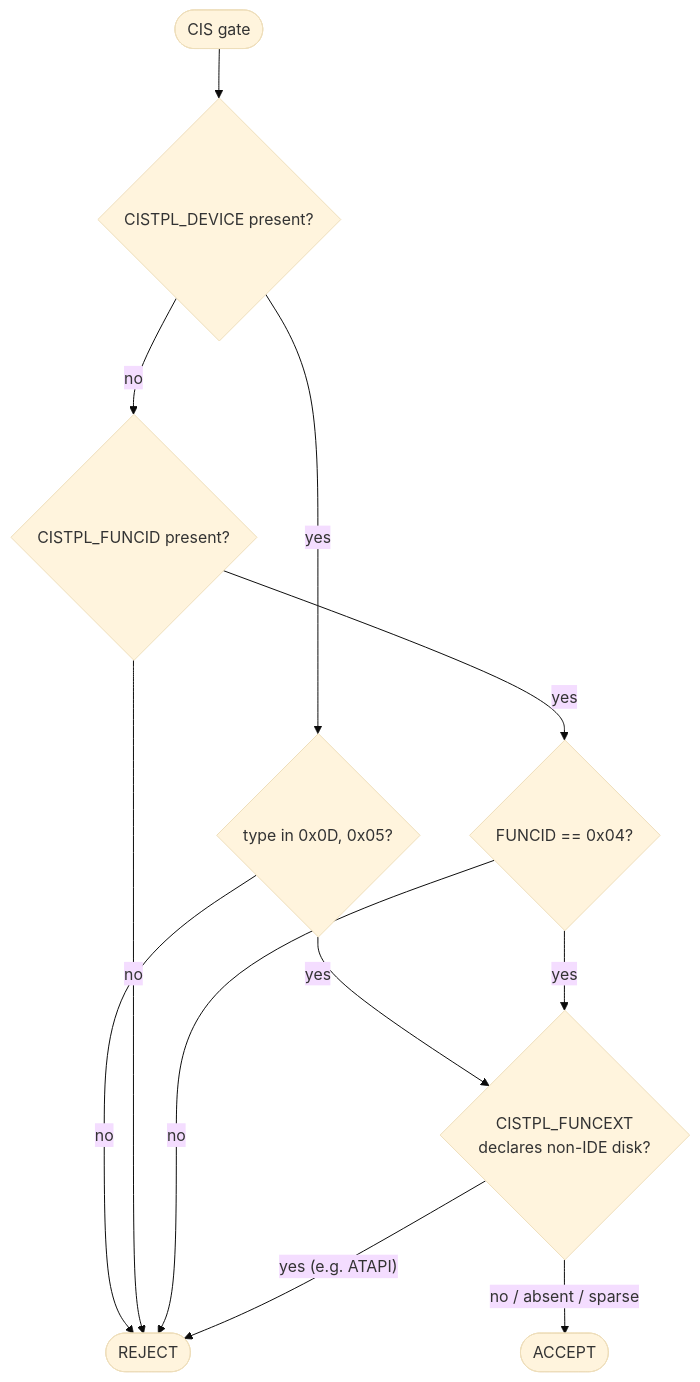
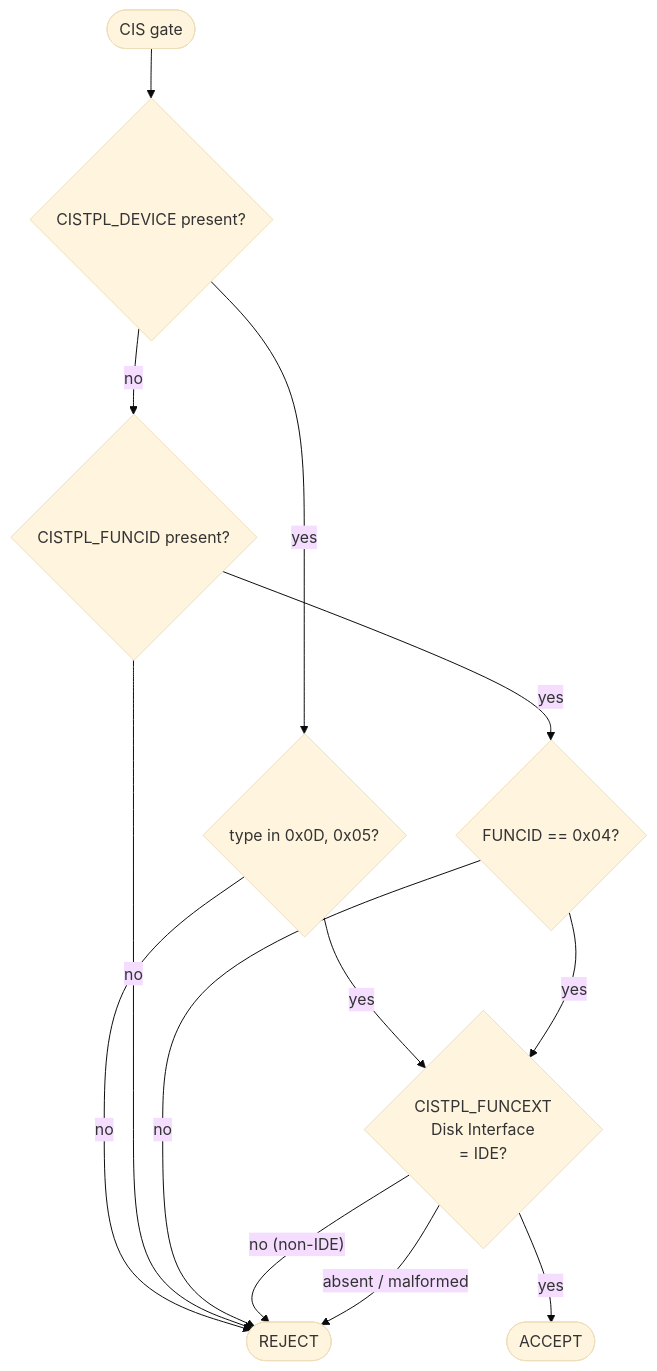
The first of 3 diagrams in README.md (pulchart/cfd), drawn with Mermaid (base theme) before and after one commit. The commit also changed other lines of this file and 5 other files, not shown here.

First line of the commit message:
cfd: require CISTPL_FUNCEXT to declare IDE at CIS gate

````diff
--- a/README.md
+++ b/README.md
@@ -554,14 +556,15 @@
 ```mermaid
 flowchart TD
     Start([CIS gate]) --> HasDev{CISTPL_DEVICE present?}
     HasDev -- yes --> DevType{type in 0x0D, 0x05?}
     DevType -- no --> Reject([REJECT])
-    DevType -- yes --> FuncExt{CISTPL_FUNCEXT<br/>declares non-IDE disk?}
+    DevType -- yes --> FuncExt{CISTPL_FUNCEXT<br/>Disk Interface<br/>= IDE?}
     HasDev -- no --> HasFunc{CISTPL_FUNCID present?}
     HasFunc -- no --> Reject
     HasFunc -- yes --> FuncId{FUNCID == 0x04?}
     FuncId -- no --> Reject
     FuncId -- yes --> FuncExt
-    FuncExt -- "yes (e.g. ATAPI)" --> Reject
-    FuncExt -- no / absent / sparse --> Accept([ACCEPT])
+    FuncExt -- yes --> Accept([ACCEPT])
+    FuncExt -- "no (non-IDE)" --> Reject
+    FuncExt -- absent / malformed --> Reject
 ```
````
